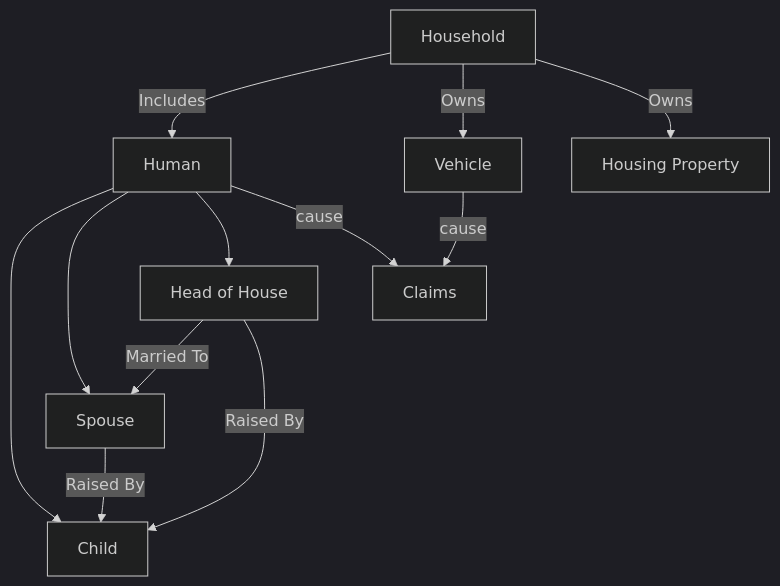
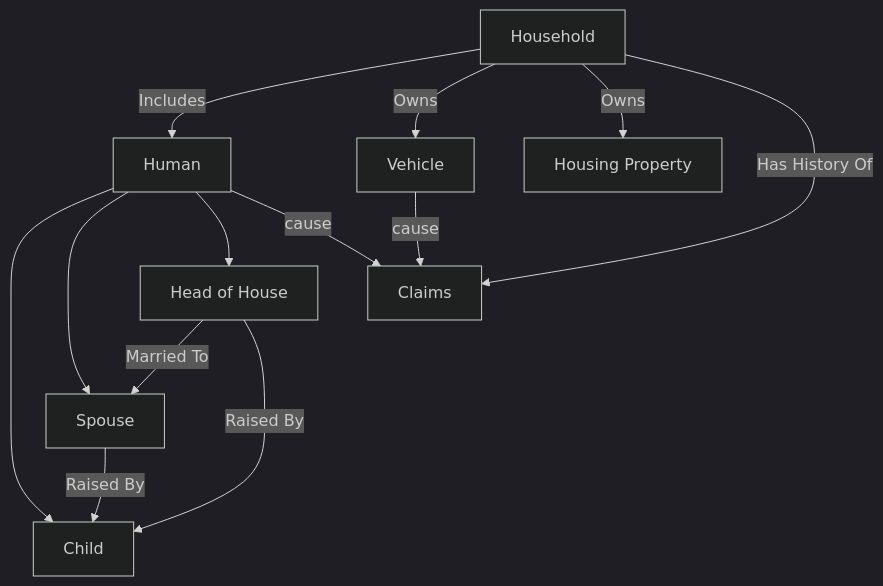
One commit to rosacker/msds_498_insurance_loss_modeling changed the diagram in synthetic_data/README.md. Above: the diagram before and after it, drawn with Mermaid (dark theme).

Commit message:
Updating class diagram

````diff
--- a/synthetic_data/README.md
+++ b/synthetic_data/README.md
@@ -7,12 +7,13 @@
 ```mermaid
 graph TD
 household[Household]
 human[Human] --> child[Child] & spouse[Spouse] & head_of_house[Head of House]
 household -->|Includes| human
 head_of_house -->|Married To| spouse
 spouse & head_of_house -->|Raised By| child
 household -->|Owns| vehicle[Vehicle] & housing_property[Housing Property]
 
 human & vehicle -->|cause| claim[Claims]
+household -->|Has History Of| claim
 
 ```
````
